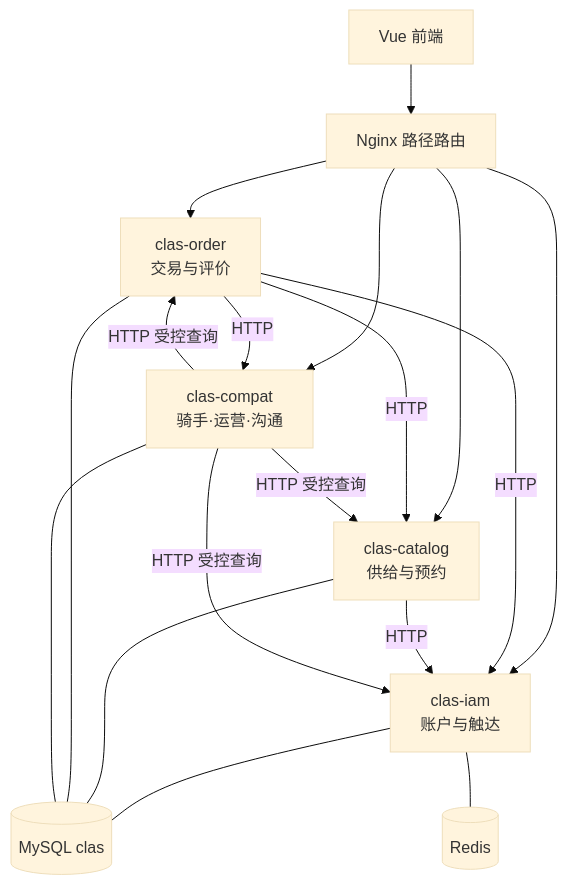
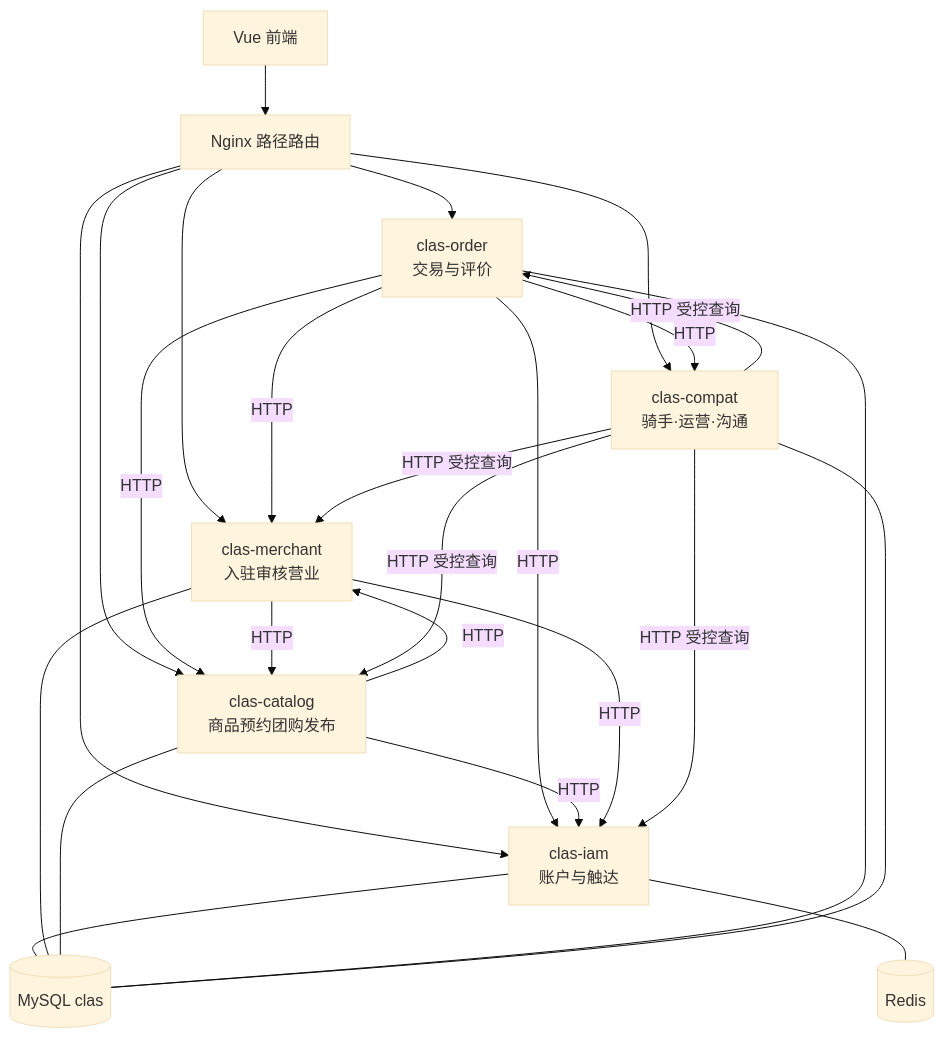
One commit to Amyjinru/CLAS changed the diagram in docs/三服务划分图.md. Above: the diagram before and after it, drawn with Mermaid (base theme). The commit also changed other lines of this file and 98 other files, not shown here.

First line of the commit message:
feat: 从 catalog 拆出独立 clas-merchant 服务

````diff
--- a/docs/三服务划分图.md
+++ b/docs/三服务划分图.md
@@ -14,23 +14,30 @@
 ```mermaid
 flowchart TB
     FE[Vue 前端] --> NGX[Nginx 路径路由]
     NGX --> IAM[clas-iam<br/>账户与触达]
-    NGX --> CAT[clas-catalog<br/>供给与预约]
+    NGX --> MCH[clas-merchant<br/>入驻审核营业]
+    NGX --> CAT[clas-catalog<br/>商品预约团购发布]
     NGX --> ORD[clas-order<br/>交易与评价]
     NGX --> CMP[clas-compat<br/>骑手·运营·沟通]
 
+    ORD -->|HTTP| MCH
     ORD -->|HTTP| CAT
     ORD -->|HTTP| IAM
     ORD -->|HTTP| CMP
+    CAT -->|HTTP| MCH
     CAT -->|HTTP| IAM
+    MCH -->|HTTP| IAM
+    MCH -->|HTTP| CAT
     CMP -->|HTTP 受控查询| IAM
+    CMP -->|HTTP 受控查询| MCH
     CMP -->|HTTP 受控查询| CAT
     CMP -->|HTTP 受控查询| ORD
 
     IAM --- DB[(MySQL clas)]
+    MCH --- DB
     CAT --- DB
     ORD --- DB
     CMP --- DB
 
     IAM --- R[(Redis)]
 ```
````
